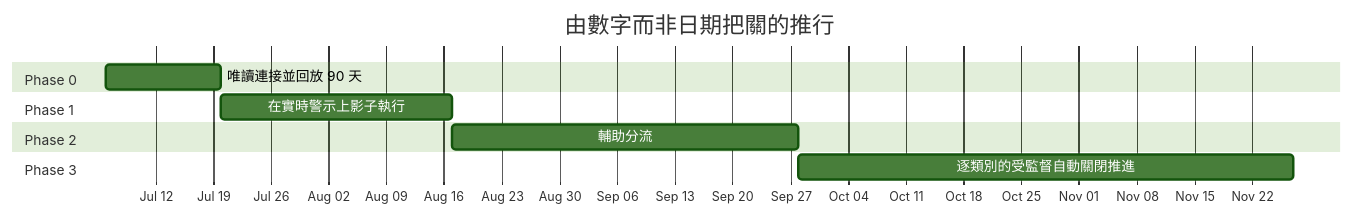
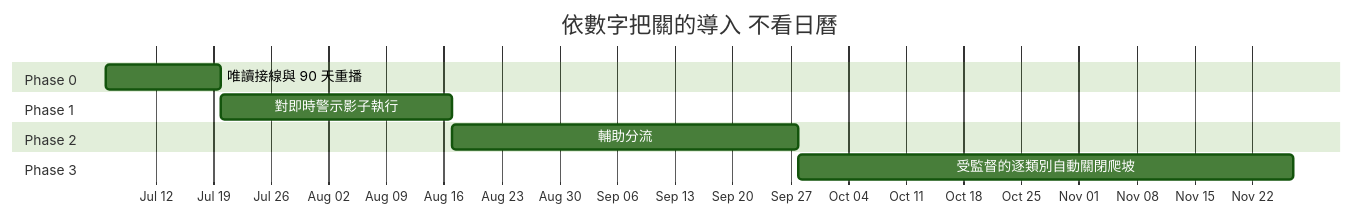
Before and after one commit to jack51706/ai-system-design-guide: the fourth of 4 diagrams in i18n/zh-Hant/docusaurus-plugin-content-docs/current/16-case-studies/40-soc-security-operations-copilot.md, drawn with Mermaid (forest theme). The commit also changed other lines of this file, not shown here.

````diff
--- a/i18n/zh-Hant/docusaurus-plugin-content-docs/current/16-case-studies/40-soc-security-operations-copilot.md
+++ b/i18n/zh-Hant/docusaurus-plugin-content-docs/current/16-case-studies/40-soc-security-operations-copilot.md
@@ -336,14 +336,14 @@
 ```mermaid
 gantt
-    title 由數字而非日期把關的推行
+    title 依數字把關的導入 不看日曆
     dateFormat YYYY-MM-DD
     axisFormat %b %d
     section Phase 0
-    唯讀連接並回放 90 天 :p0, 2026-07-06, 14d
+    唯讀接線與 90 天重播 :p0, 2026-07-06, 14d
     section Phase 1
-    在實時警示上影子執行 :p1, after p0, 28d
+    對即時警示影子執行 :p1, after p0, 28d
     section Phase 2
     輔助分流 :p2, after p1, 42d
     section Phase 3
-    逐類別的受監督自動關閉推進 :p3, after p2, 60d
+    受監督的逐類別自動關閉爬坡 :p3, after p2, 60d
 ```
````
